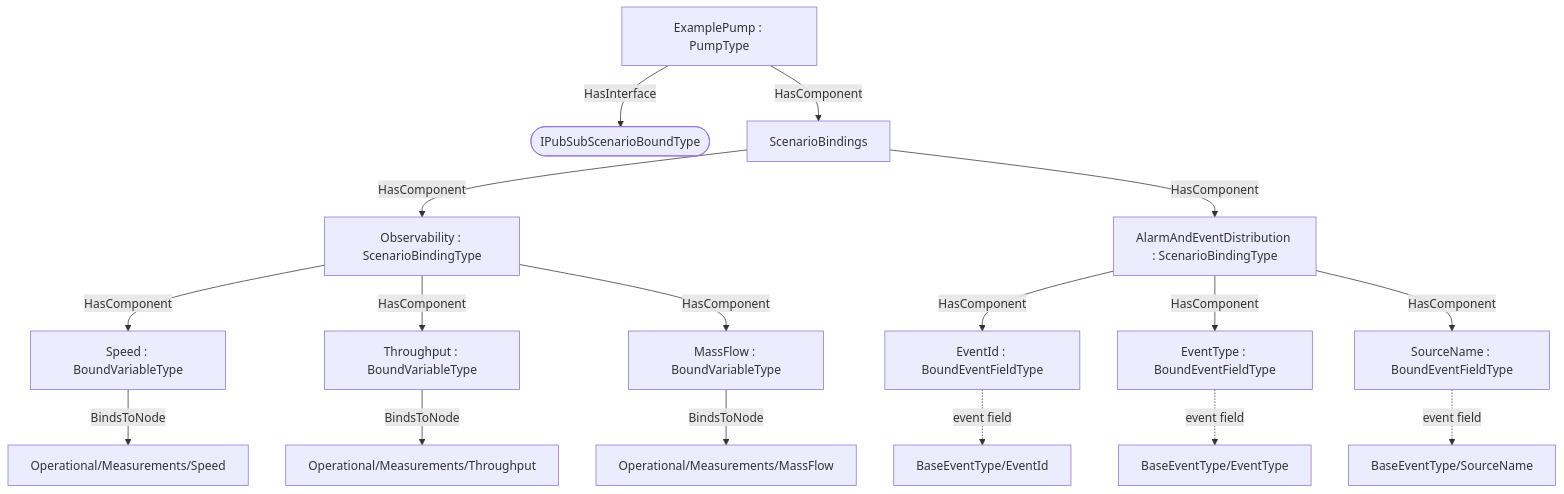
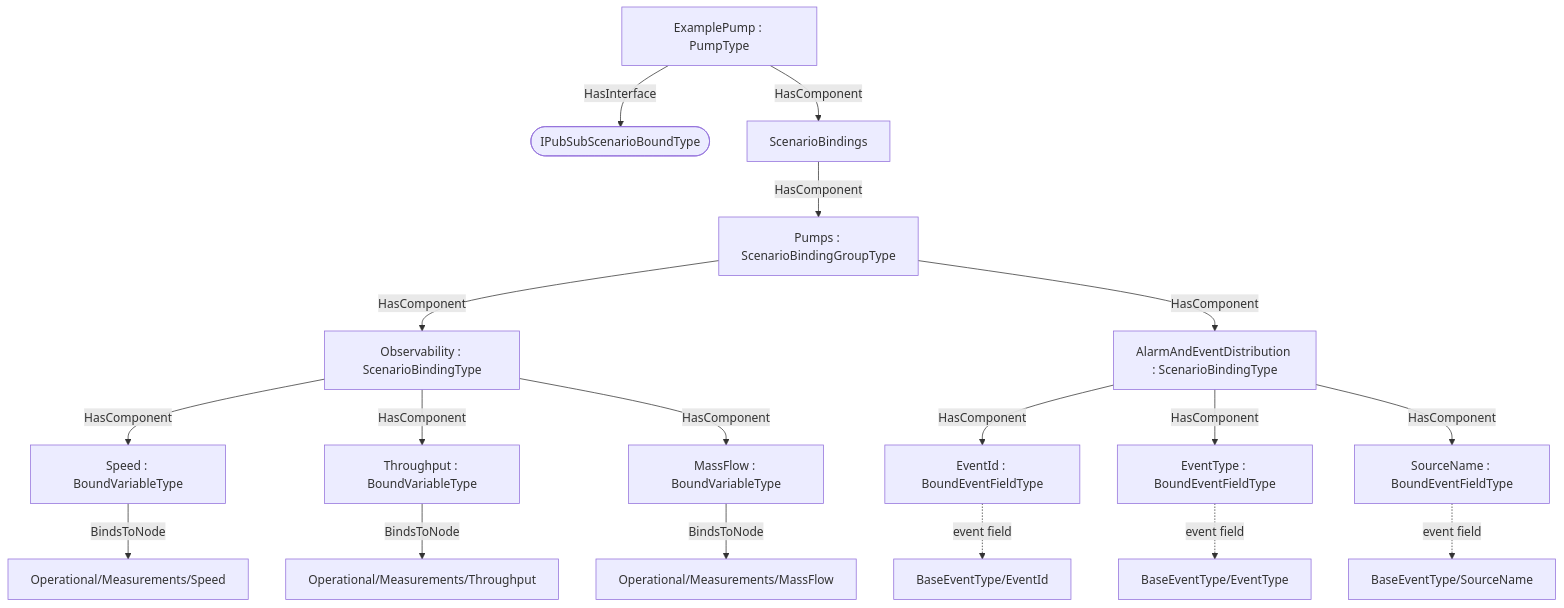
One commit to marcschier/opcua-drafts changed the second of 2 diagrams in core-specs/pubsub-binding/examples/pumps/OPC-UA-Pumps-PubSub-Scenario-Binding-Addendum.md. Above: the diagram before and after it, drawn with Mermaid. The commit also changed other lines of this file and 12 other files, not shown here.

````diff
--- a/core-specs/pubsub-binding/examples/pumps/OPC-UA-Pumps-PubSub-Scenario-Binding-Addendum.md
+++ b/core-specs/pubsub-binding/examples/pumps/OPC-UA-Pumps-PubSub-Scenario-Binding-Addendum.md
@@ -160,20 +160,21 @@
 ```mermaid
 graph TD
   R["ExamplePump : PumpType"]
   R -->|HasInterface| I([IPubSubScenarioBoundType])
   R -->|HasComponent| SB["ScenarioBindings"]
-  SB -->|HasComponent| B0["Observability : ScenarioBindingType"]
+  SB -->|HasComponent| G["Pumps : ScenarioBindingGroupType"]
+  G -->|HasComponent| B0["Observability : ScenarioBindingType"]
   B0 -->|HasComponent| IT00["Speed : BoundVariableType"]
   IT00 -->|BindsToNode| N00["Operational/Measurements/Speed"]
   B0 -->|HasComponent| IT01["Throughput : BoundVariableType"]
   IT01 -->|BindsToNode| N01["Operational/Measurements/Throughput"]
   B0 -->|HasComponent| IT02["MassFlow : BoundVariableType"]
   IT02 -->|BindsToNode| N02["Operational/Measurements/MassFlow"]
-  SB -->|HasComponent| B1["AlarmAndEventDistribution : ScenarioBindingType"]
+  G -->|HasComponent| B1["AlarmAndEventDistribution : ScenarioBindingType"]
   B1 -->|HasComponent| IT10["EventId : BoundEventFieldType"]
   IT10 -.event field.-> N10["BaseEventType/EventId"]
   B1 -->|HasComponent| IT11["EventType : BoundEventFieldType"]
   IT11 -.event field.-> N11["BaseEventType/EventType"]
   B1 -->|HasComponent| IT12["SourceName : BoundEventFieldType"]
   IT12 -.event field.-> N12["BaseEventType/SourceName"]
 ```
````
